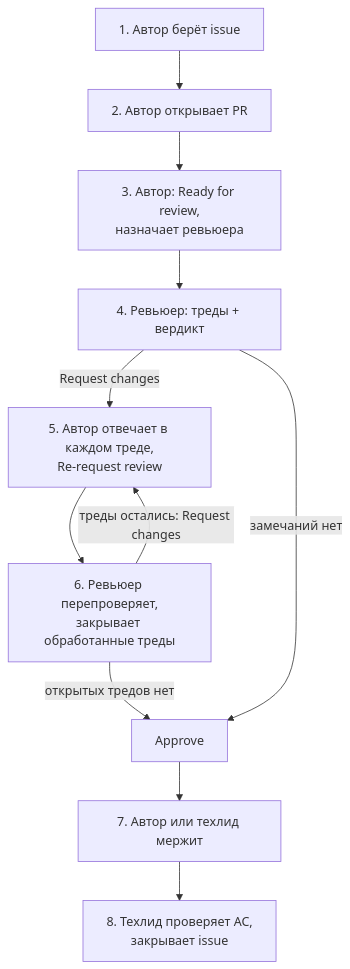
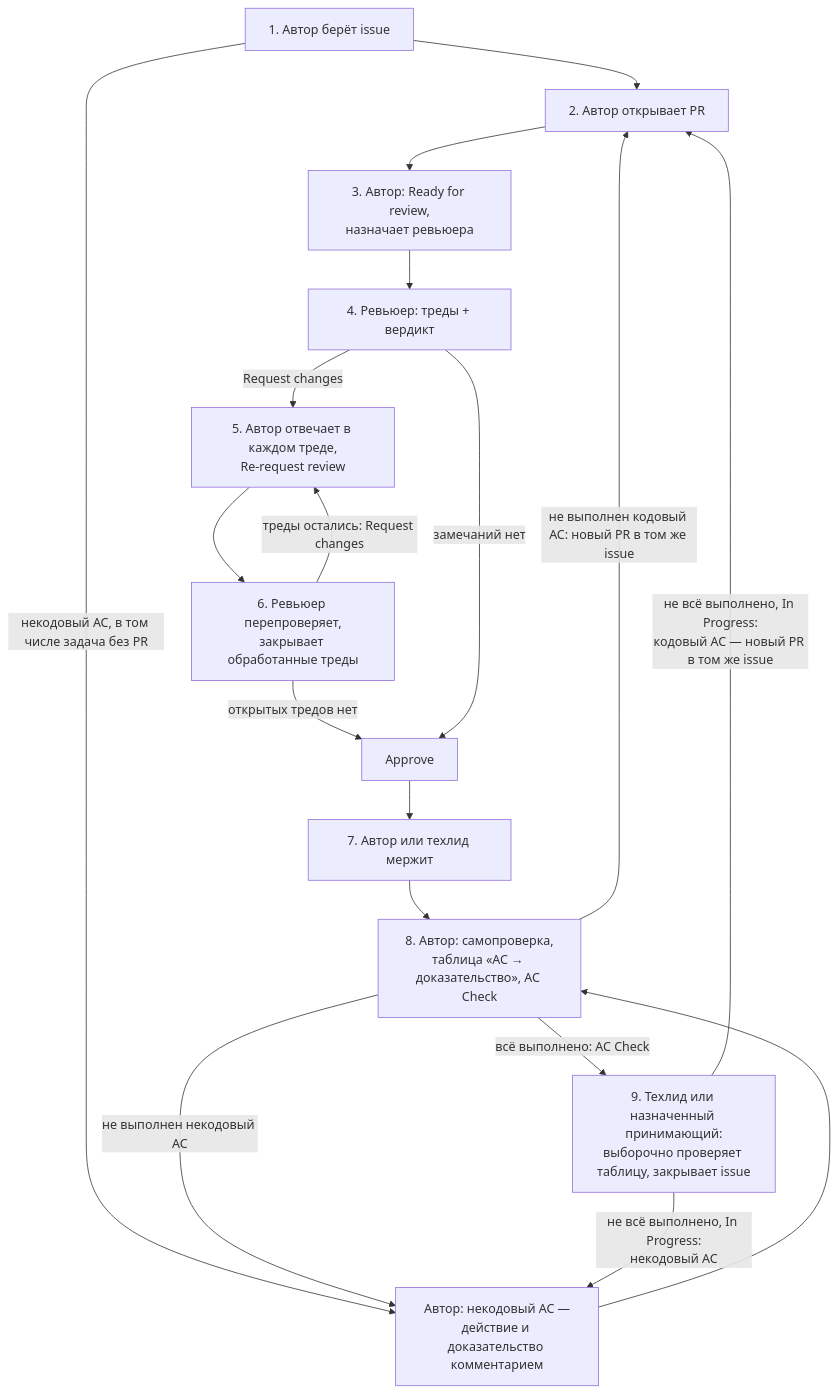
The diagram in docs/CONTRIBUTING.md (larchanka-training/dmc-268-api-t6), drawn with Mermaid before and after one commit. The commit also changed other lines of this file, not shown here.

First line of the commit message:
docs(contributing): start acceptance with an author self-check (#272) (#402)

````diff
--- a/docs/CONTRIBUTING.md
+++ b/docs/CONTRIBUTING.md
@@ -26,13 +26,20 @@
 ```mermaid
 flowchart TD
   take["1. Автор берёт issue"] --> pr["2. Автор открывает PR"]
+  take -->|некодовый AC, в том числе задача без PR| action["Автор: некодовый AC —<br/>действие и доказательство комментарием"]
   pr --> ready["3. Автор: Ready for review,<br/>назначает ревьюера"]
   ready --> review["4. Ревьюер: треды + вердикт"]
   review -->|Request changes| answer["5. Автор отвечает в каждом треде,<br/>Re-request review"]
   answer --> recheck["6. Ревьюер перепроверяет,<br/>закрывает обработанные треды"]
   recheck -->|треды остались: Request changes| answer
   recheck -->|открытых тредов нет| approve["Approve"]
   review -->|замечаний нет| approve
   approve --> merge["7. Автор или техлид мержит"]
-  merge --> accept["8. Техлид проверяет AC,<br/>закрывает issue"]
+  merge --> selfcheck["8. Автор: самопроверка,<br/>таблица «AC → доказательство», AC Check"]
+  action --> selfcheck
+  selfcheck -->|не выполнен кодовый AC: новый PR в том же issue| pr
+  selfcheck -->|не выполнен некодовый AC| action
+  selfcheck -->|всё выполнено: AC Check| accept["9. Техлид или назначенный принимающий:<br/>выборочно проверяет таблицу, закрывает issue"]
+  accept -->|не всё выполнено, In Progress:<br/>кодовый AC — новый PR в том же issue| pr
+  accept -->|не всё выполнено, In Progress:<br/>некодовый AC| action
 ```
````
